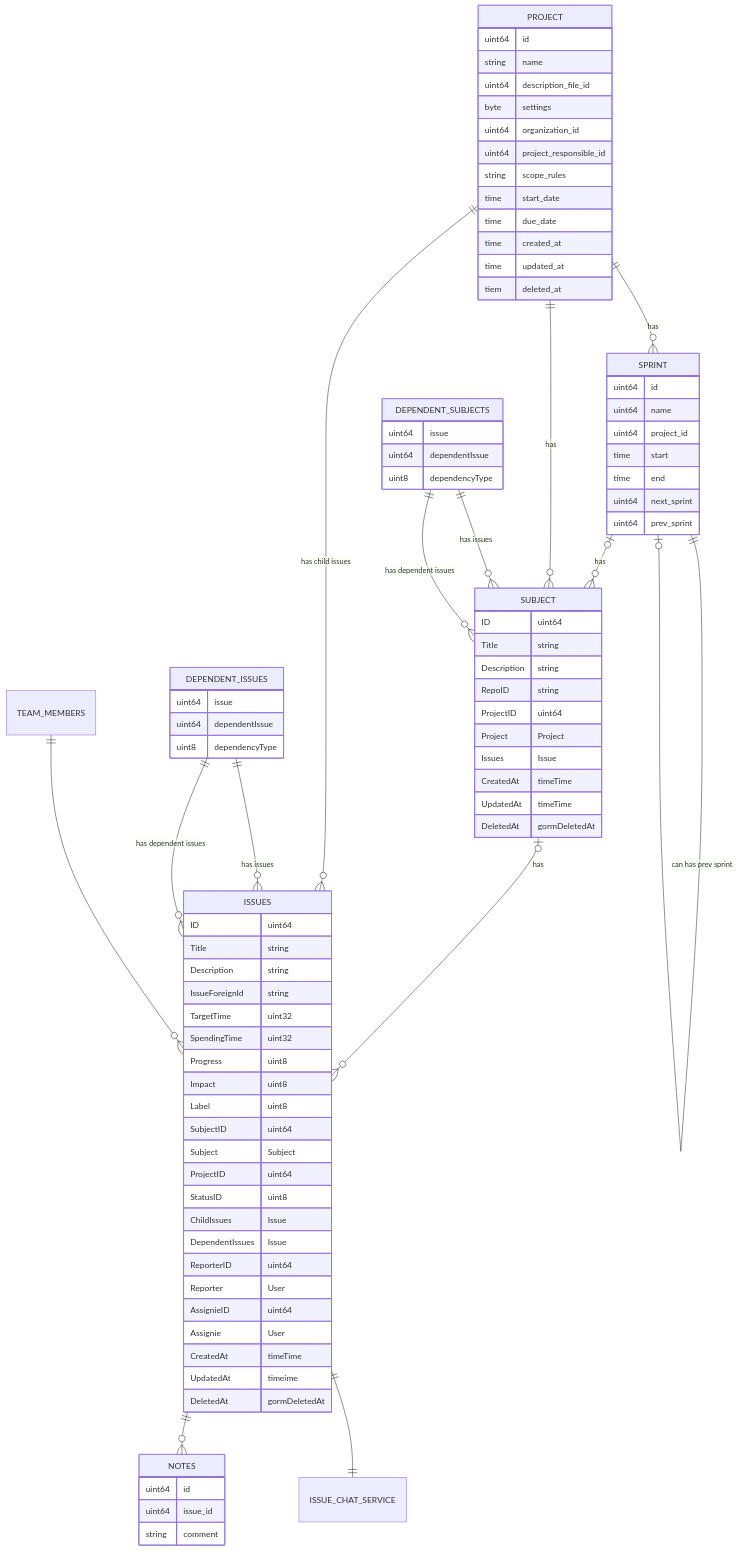
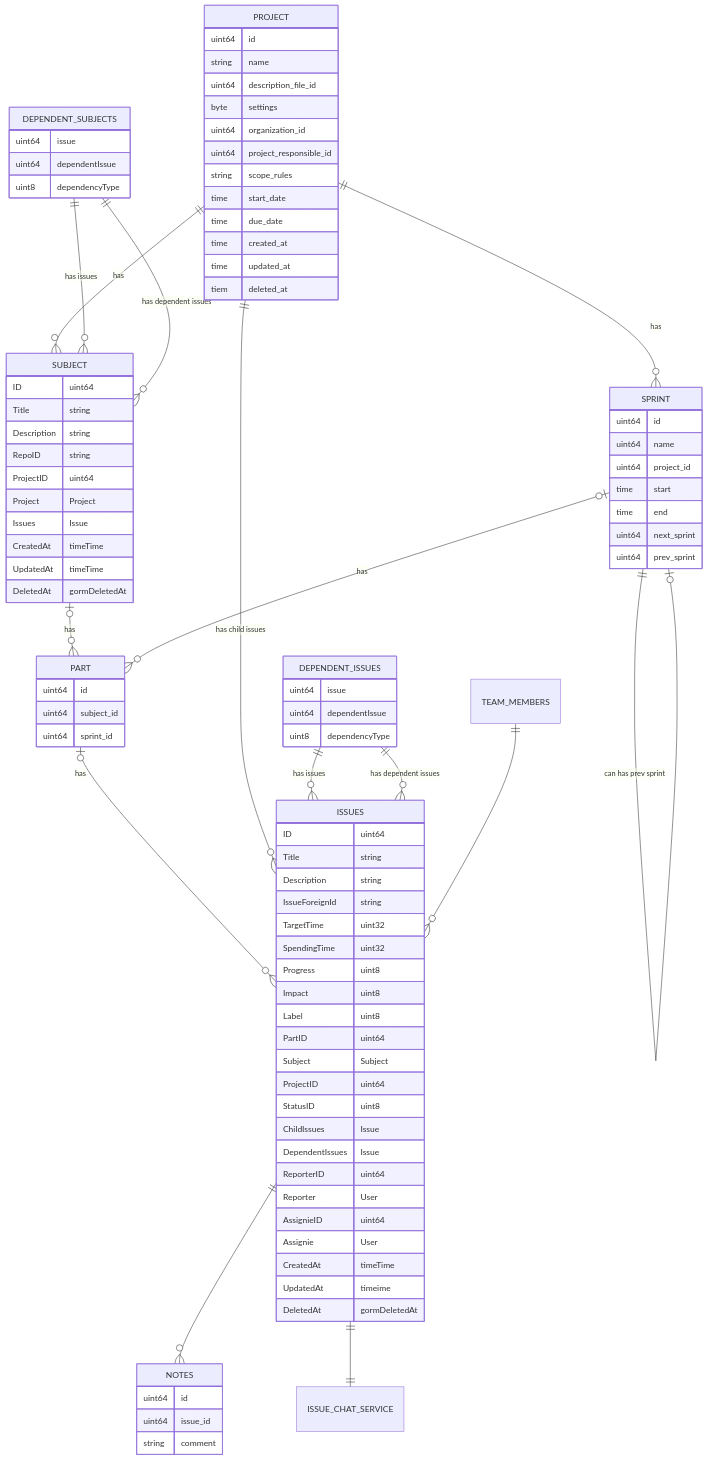
Before and after one commit to DEONSKY/ProjectManagementAppDoc: the second of 3 diagrams in README.md, drawn with Mermaid. The commit also changed other lines of this file, not shown here.

```diff
--- a/README.md
+++ b/README.md
@@ -120,12 +126,21 @@
 uint64 prev_sprint
 }
 
+PART {
+uint64 id
+uint64 subject_id
+uint64 sprint_id
+}
+
 SPRINT ||--o|  SPRINT  : " can has next sprint " 
 SPRINT ||--o|  SPRINT  : " can has prev sprint " 
 
-SUBJECT |o--o{  ISSUES  : "has" 
-SPRINT |o--o{  SUBJECT : "has"
 PROJECT ||--o{  SUBJECT : "has"
+
+SUBJECT |o--o{ PART :"has"
+SPRINT |o--o{ PART:"has"
+PART |o--o{ ISSUES: "has"
+
 
 DEPENDENT_SUBJECTS{
 uint64 issue
@@ -157,7 +172,7 @@
 Progress uint8  
 Impact uint8
 Label uint8
-SubjectID uint64  
+PartID uint64  
 Subject Subject 
 ProjectID uint64  
 StatusID uint8 
```
